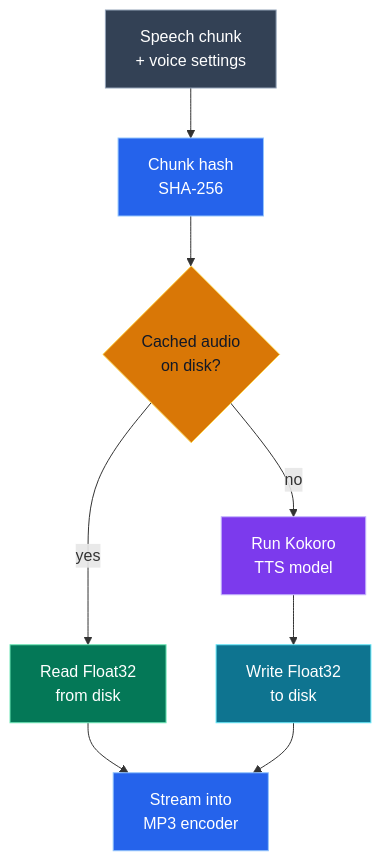
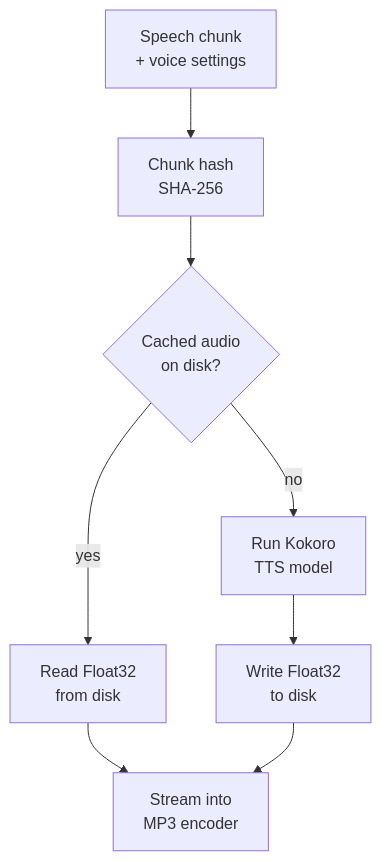
The fourth of 7 diagrams in src/content/blog/blog-audio-player.md (g-savitha/gsavitha.in), drawn with Mermaid before and after one commit. The commit also changed other lines of this file and 5 other files, not shown here.

Commit message:
Mermaid: move every post colour into one PALETTE; posts use named classes only

````diff
--- a/src/content/blog/blog-audio-player.md
+++ b/src/content/blog/blog-audio-player.md
@@ -299,17 +281,10 @@
 ```mermaid
 flowchart TD
-    CHUNK["Speech chunk\n+ voice settings"]:::content --> CHASH["Chunk hash\nSHA-256"]:::primary
-    CHASH --> HIT{"Cached audio\non disk?"}:::warning
-    HIT -->|"yes"| READ["Read Float32\nfrom disk"]:::success
-    HIT -->|"no"| TTS["Run Kokoro\nTTS model"]:::accent
-    TTS --> WRITE["Write Float32\nto disk"]:::info
-    READ --> ENCODE["Stream into\nMP3 encoder"]:::primary
+    CHUNK["Speech chunk\n+ voice settings"]:::content --> CHASH["Chunk hash\nSHA-256"]:::royal
+    CHASH --> HIT{"Cached audio\non disk?"}:::amber
+    HIT -->|"yes"| READ["Read Float32\nfrom disk"]:::emerald
+    HIT -->|"no"| TTS["Run Kokoro\nTTS model"]:::violet
+    TTS --> WRITE["Write Float32\nto disk"]:::teal
+    READ --> ENCODE["Stream into\nMP3 encoder"]:::royal
     WRITE --> ENCODE
-
-    classDef primary fill:#2563eb,stroke:#93c5fd,color:#ffffff
-    classDef accent fill:#7c3aed,stroke:#c4b5fd,color:#ffffff
-    classDef success fill:#047857,stroke:#6ee7b7,color:#ffffff
-    classDef warning fill:#d97706,stroke:#fcd34d,color:#111827
-    classDef info fill:#0e7490,stroke:#67e8f9,color:#ffffff
-    classDef content fill:#334155,stroke:#94a3b8,color:#ffffff
 ```
````
